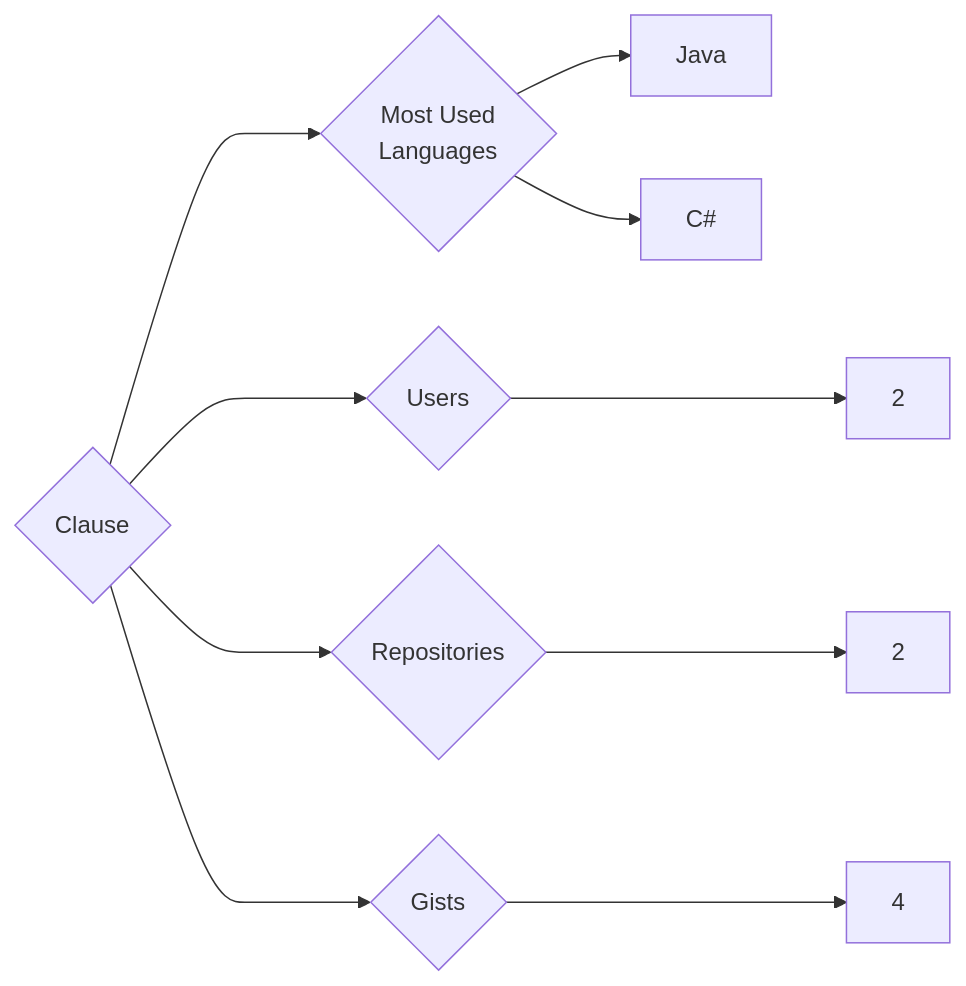
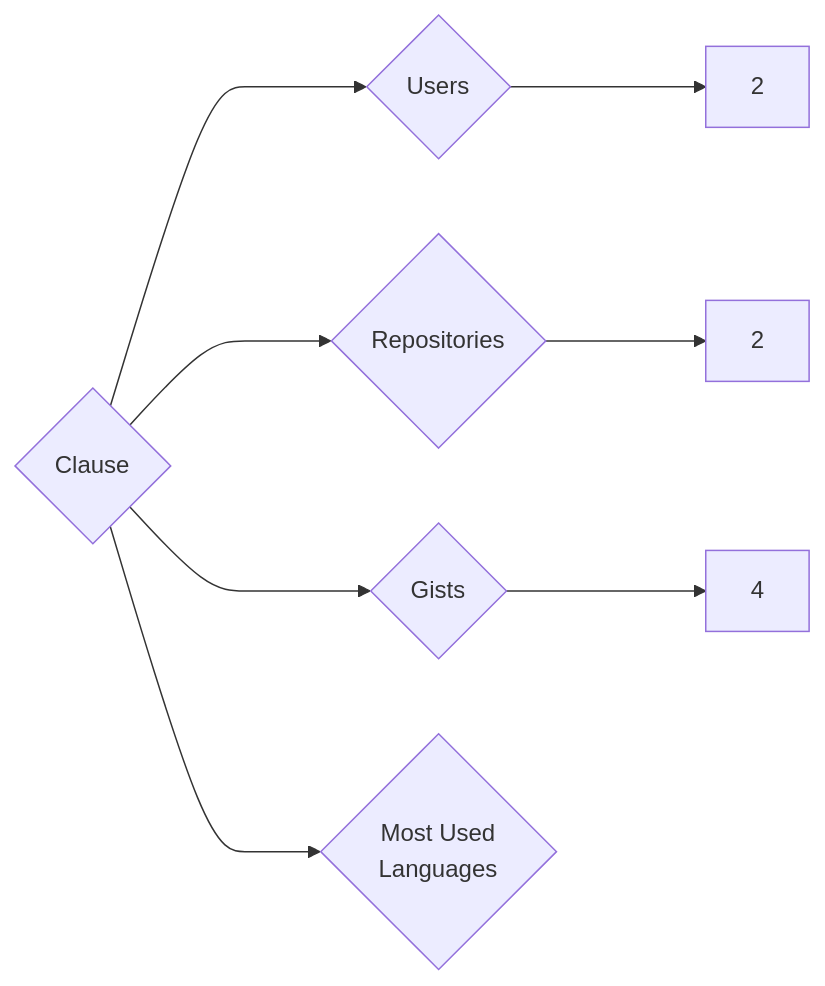
The diagram in targets/Clause/README.md (trickest/insiders), drawn with Mermaid before and after one commit. The commit also changed 640 other files, not shown here.

````diff
--- a/targets/Clause/README.md
+++ b/targets/Clause/README.md
@@ -3,10 +3,8 @@
 ```mermaid
 graph LR
 COMPANY_NAME{Clause}
 COMPANY_NAME ---> U{Users} ---> UN[2]
 COMPANY_NAME ---> R{Repositories} ---> RN[2]
 COMPANY_NAME ---> G{Gists} ---> GN[4]
 COMPANY_NAME ---> ML{Most Used<br>Languages}
-ML --> Java[Java]
-ML --> C#[C#]
 ```
````
